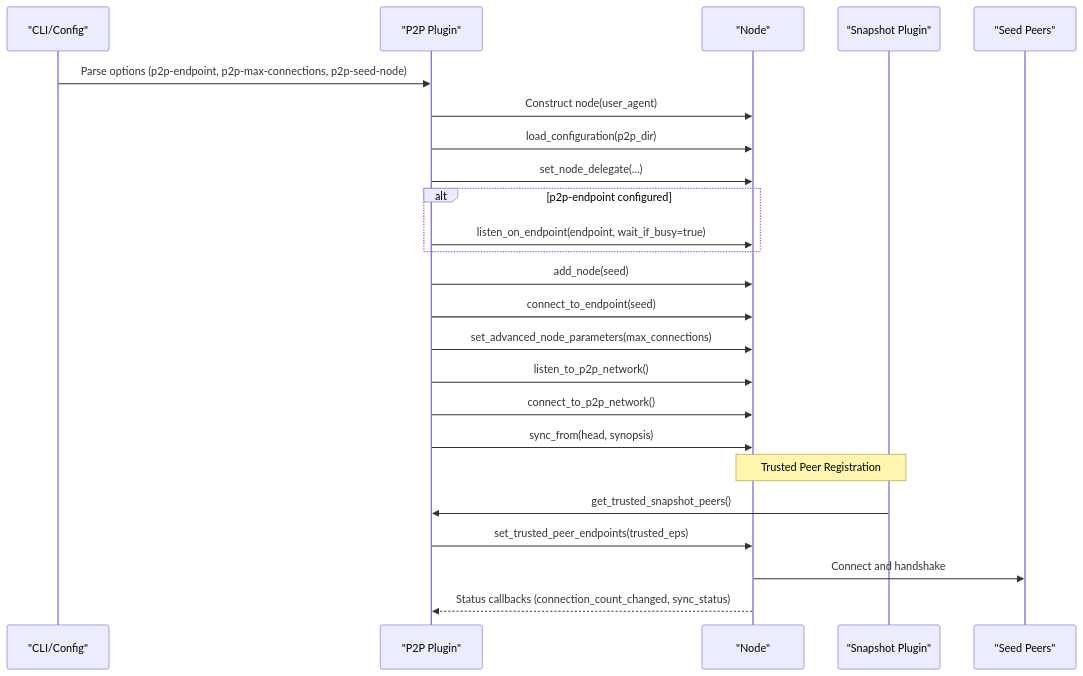
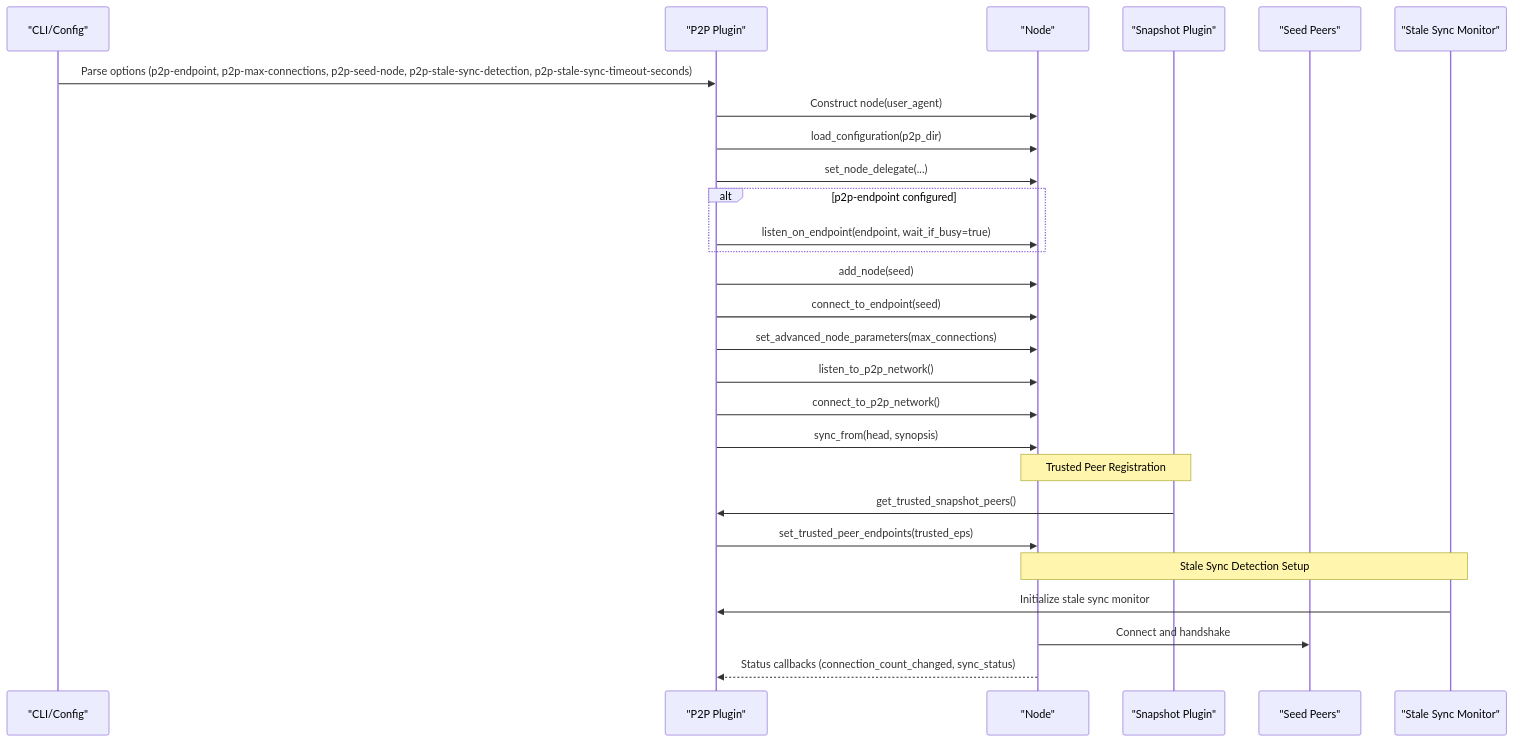
The second of 9 diagrams in .qoder/repowiki/en/content/Configuration Management/Network Configuration.md (VIZ-Blockchain/viz-cpp-node), drawn with Mermaid before and after one commit. The commit also changed other lines of this file and 3 other files, not shown here.

````diff
--- a/.qoder/repowiki/en/content/Configuration Management/Network Configuration.md
+++ b/.qoder/repowiki/en/content/Configuration Management/Network Configuration.md
@@ -124,26 +140,29 @@
 ```mermaid
 sequenceDiagram
 participant CLI as "CLI/Config"
 participant P2P as "P2P Plugin"
 participant Node as "Node"
 participant Snapshot as "Snapshot Plugin"
 participant Seed as "Seed Peers"
-CLI->>P2P : Parse options (p2p-endpoint, p2p-max-connections, p2p-seed-node)
+participant StaleSync as "Stale Sync Monitor"
+CLI->>P2P : Parse options (p2p-endpoint, p2p-max-connections, p2p-seed-node, p2p-stale-sync-detection, p2p-stale-sync-timeout-seconds)
 P2P->>Node : Construct node(user_agent)
 P2P->>Node : load_configuration(p2p_dir)
 P2P->>Node : set_node_delegate(...)
 alt p2p-endpoint configured
 P2P->>Node : listen_on_endpoint(endpoint, wait_if_busy=true)
 end
 P2P->>Node : add_node(seed)
 P2P->>Node : connect_to_endpoint(seed)
 P2P->>Node : set_advanced_node_parameters(max_connections)
 P2P->>Node : listen_to_p2p_network()
 P2P->>Node : connect_to_p2p_network()
 P2P->>Node : sync_from(head, synopsis)
 Note over Snapshot,Node : Trusted Peer Registration
 Snapshot->>P2P : get_trusted_snapshot_peers()
 P2P->>Node : set_trusted_peer_endpoints(trusted_eps)
+Note over StaleSync,Node : Stale Sync Detection Setup
+StaleSync->>P2P : Initialize stale sync monitor
 Node->>Seed : Connect and handshake
 Node-->>P2P : Status callbacks (connection_count_changed, sync_status)
 ```
````
